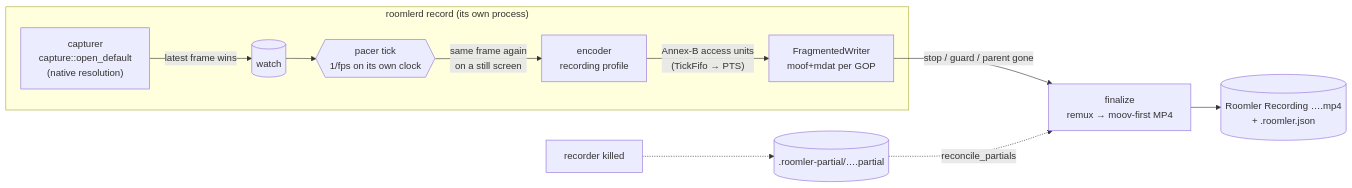
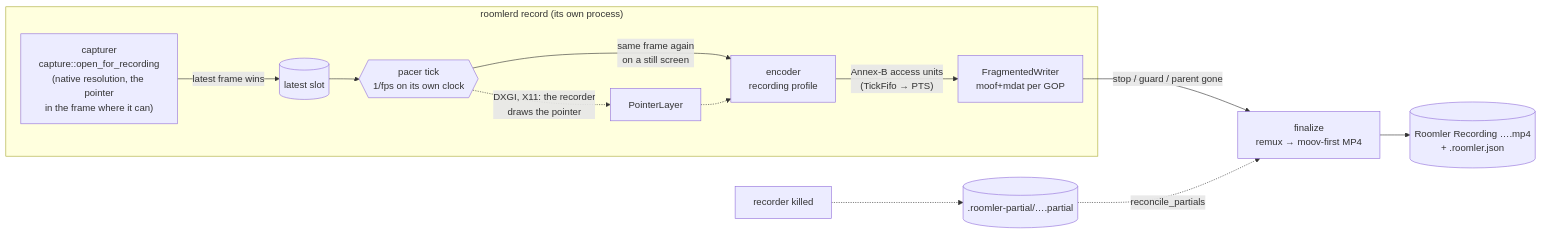
One commit to gjovanov/roomler-ai changed the first of 12 diagrams in docs/recording.md. Above: the diagram before and after it, drawn with Mermaid. The commit also changed other lines of this file and 21 other files, not shown here.

````diff
--- a/docs/recording.md
+++ b/docs/recording.md
@@ -37,13 +37,15 @@
 ```mermaid
 flowchart LR
     subgraph child["roomlerd record (its own process)"]
-        CAP["capturer<br/>capture::open_default<br/>(native resolution)"] -->|latest frame wins| W[("watch")]
+        CAP["capturer<br/>capture::open_for_recording<br/>(native resolution, the pointer<br/>in the frame where it can)"] -->|latest frame wins| W[("latest slot")]
         W --> P{{"pacer tick<br/>1/fps on its own clock"}}
         P -->|"same frame again<br/>on a still screen"| ENC["encoder<br/>recording profile"]
+        P -.->|"DXGI, X11: the recorder<br/>draws the pointer"| PTR["PointerLayer"]
+        PTR -.-> ENC
         ENC -->|"Annex-B access units<br/>(TickFifo → PTS)"| FW["FragmentedWriter<br/>moof+mdat per GOP"]
     end
     FW -->|"stop / guard / parent gone"| FIN["finalize<br/>remux → moov-first MP4"]
     FIN --> OUT[("Roomler Recording ….mp4<br/>+ .roomler.json")]
     CRASH["recorder killed"] -.-> PART[(".roomler-partial/….partial")]
     PART -.->|"reconcile_partials"| FIN
 ```
````
